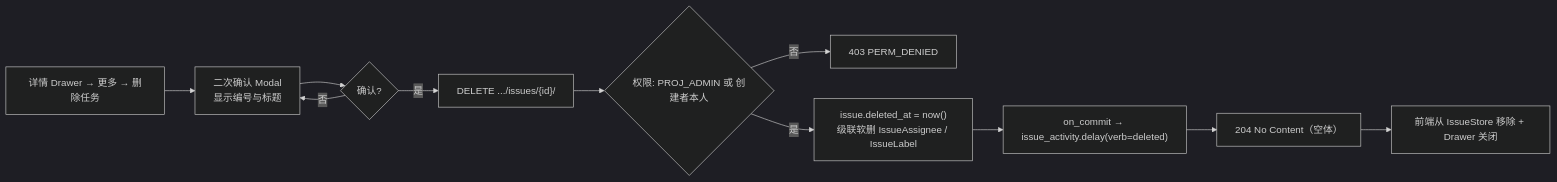
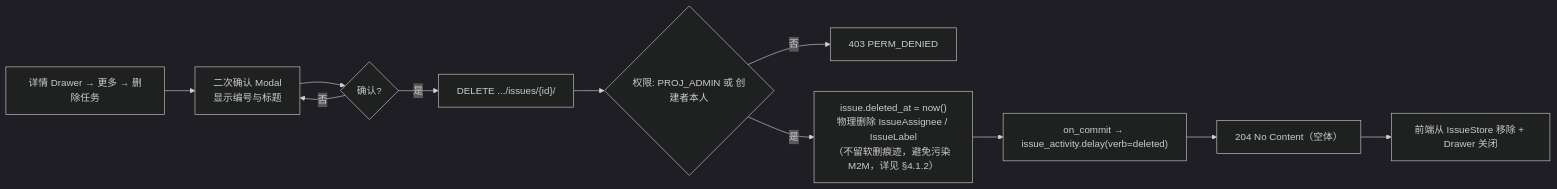
Before and after one commit to RabbitAI-Lab/RabbitProjects: the third of 5 diagrams in docs/sprint-0-poc/TASK-001-task-crud.md, drawn with Mermaid (dark theme). The commit also changed other lines of this file and 86 other files, not shown here.

````diff
--- a/docs/sprint-0-poc/TASK-001-task-crud.md
+++ b/docs/sprint-0-poc/TASK-001-task-crud.md
@@ -189,13 +191,13 @@
 ```mermaid
 flowchart LR
     A["详情 Drawer → 更多 → 删除任务"] --> B["二次确认 Modal<br/>显示编号与标题"]
     B --> C{"确认?"}
     C -->|否| B
     C -->|是| D["DELETE .../issues/{id}/"]
     D --> E{"权限: PROJ_ADMIN 或 创建者本人"}
     E -->|否| E1["403 PERM_DENIED"]
-    E -->|是| F["issue.deleted_at = now()<br/>级联软删 IssueAssignee / IssueLabel"]
+    E -->|是| F["issue.deleted_at = now()<br/>物理删除 IssueAssignee / IssueLabel<br/>（不留软删痕迹，避免污染 M2M，详见 §4.1.2）"]
     F --> G["on_commit → issue_activity.delay(verb=deleted)"]
     G --> H["204 No Content（空体）"]
     H --> I["前端从 IssueStore 移除 + Drawer 关闭"]
 ```
````
